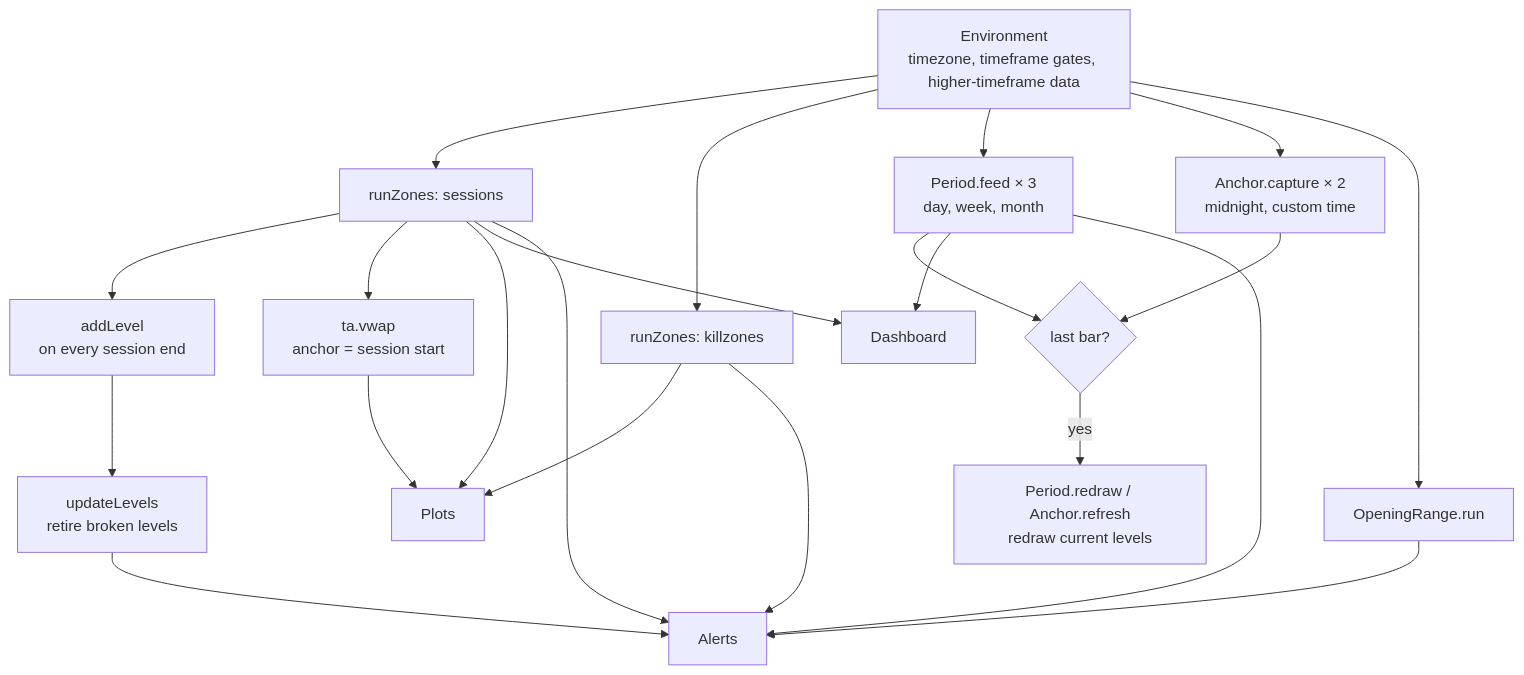
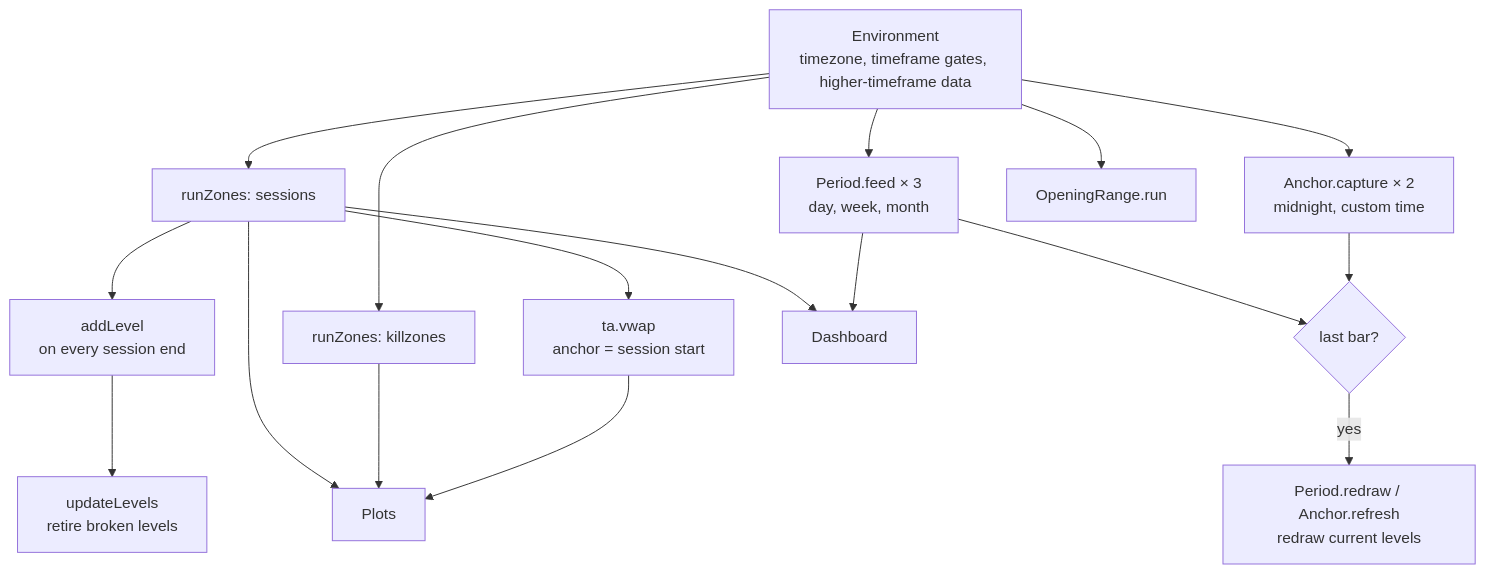
One commit to DmytroPalahin/sessions-indicator changed the diagram in docs/ARCHITECTURE.md. Above: the diagram before and after it, drawn with Mermaid. The commit also changed other lines of this file and 10 other files, not shown here.

````diff
--- a/docs/ARCHITECTURE.md
+++ b/docs/ARCHITECTURE.md
@@ -40,24 +39,19 @@
 ```mermaid
 flowchart TD
     A[Environment<br/>timezone, timeframe gates, higher-timeframe data] --> B[runZones: sessions]
     A --> C[runZones: killzones]
     B --> D[addLevel<br/>on every session end]
     D --> E[updateLevels<br/>retire broken levels]
     A --> F[Period.feed × 3<br/>day, week, month]
     A --> G[Anchor.capture × 2<br/>midnight, custom time]
     A --> H[OpeningRange.run]
     B --> I[ta.vwap<br/>anchor = session start]
     F --> J{last bar?}
     G --> J
     J -- yes --> K[Period.redraw / Anchor.refresh<br/>redraw current levels]
     B --> L[Plots]
     C --> L
     I --> L
     B --> M[Dashboard]
     F --> M
-    B --> N[Alerts]
-    C --> N
-    E --> N
-    F --> N
-    H --> N
 ```
````
